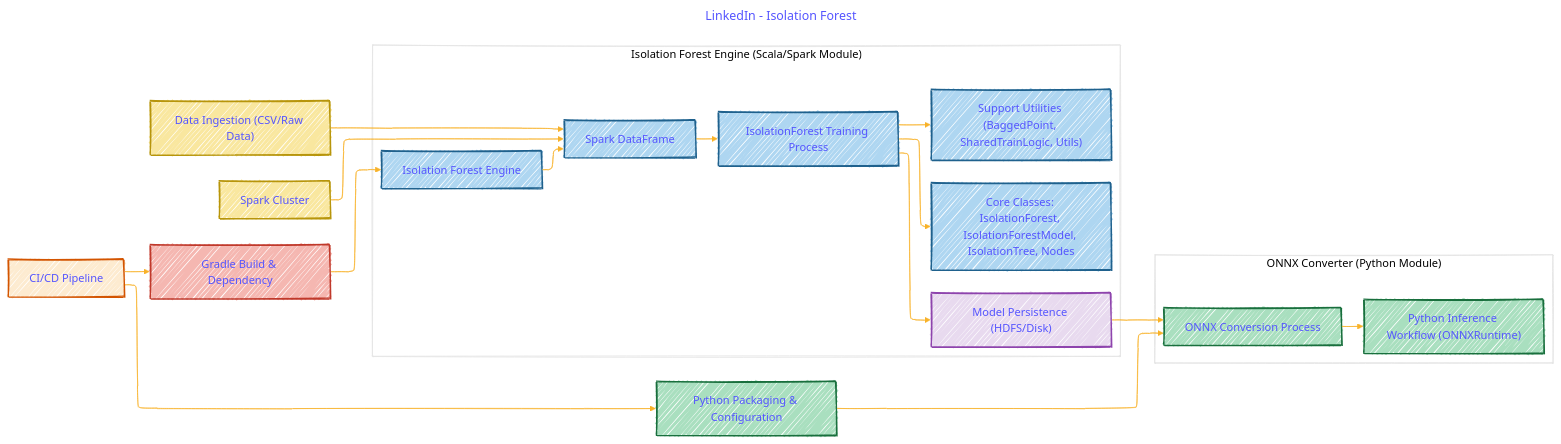
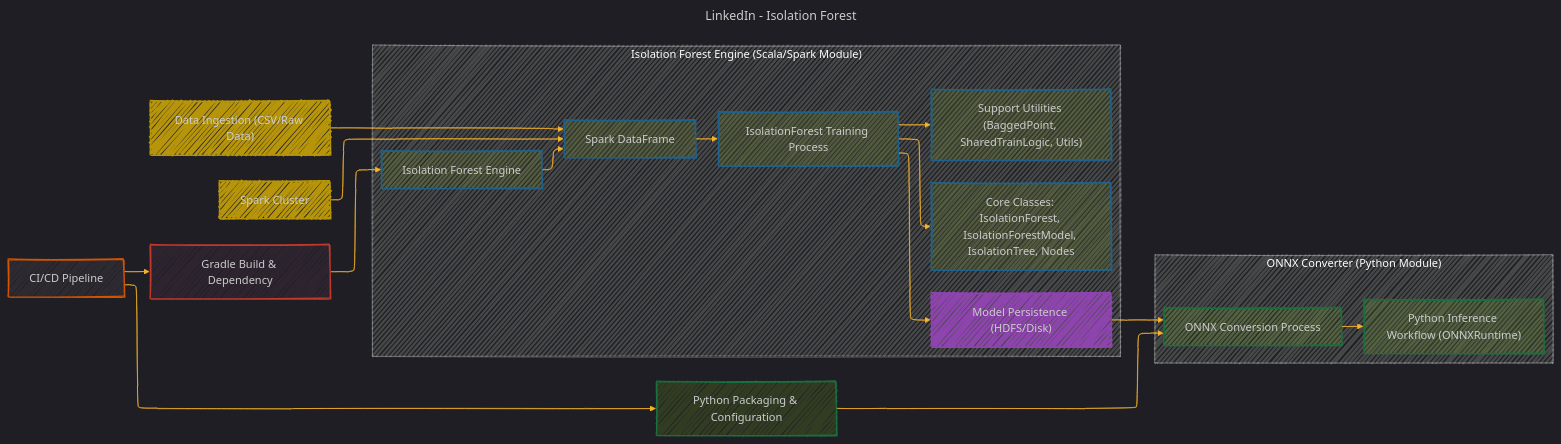
Before and after one commit to CongLeSolutionX/ArchExplorer: the diagram in LINKEDIN/isolation-forest.md, drawn with Mermaid.

Commit message:
update code

````diff
--- a/LINKEDIN/isolation-forest.md
+++ b/LINKEDIN/isolation-forest.md
@@ -24,81 +24,81 @@
 ```mermaid
 ---
 title: "LinkedIn - Isolation Forest"
 author: "Cong Le"
 version: "1.0"
 license(s): "MIT, CC BY 4.0"
 copyright: "Copyright (c) 2025 Cong Le. All Rights Reserved."
 config:
   layout: elk
   look: handDrawn
-  theme: base
+  theme: dark
 ---
 %%%%%%%% Mermaid version v11.4.1-b.14
 %%%%%%%% Toggle theme value to `base` to activate the initilization below for the customized theme version.
 %%%%%%%% Available curve styles include the following keywords:
 %% basis, bumpX, bumpY, cardinal, catmullRom, linear, monotoneX, monotoneY, natural, step, stepAfter, stepBefore.
 %%{
   init: {
     'graph': { 'htmlLabels': false, 'curve': 'linear' },
     'fontFamily': 'Fantasy',
     'themeVariables': {
       'primaryColor': '#ffff',
       'primaryTextColor': '#55ff',
       'primaryBorderColor': '#7c2',
       'lineColor': '#F8B229',
       'secondaryColor': '#006100',
       'tertiaryColor': '#fff'
     }
   }
 }%%
 graph LR
     %% External Data and Services
     dataIngestion["Data Ingestion (CSV/Raw Data)"]:::external
     sparkCluster["Spark Cluster"]:::external
     gradleBuild["Gradle Build & Dependency"]:::build
     pythonPackaging["Python Packaging & Configuration"]:::python
     ciCd["CI/CD Pipeline"]:::ci
 
     %% Isolation Forest Engine (Scala/Spark Module)
     subgraph "Isolation Forest Engine (Scala/Spark Module)"
         engine["Isolation Forest Engine"]:::scala
         engine --> df["Spark DataFrame"]:::scala
         df --> training["IsolationForest Training Process"]:::scala
         training --> persistence["Model Persistence (HDFS/Disk)"]:::storage
         training --> coreClasses["Core Classes: IsolationForest, IsolationForestModel, IsolationTree, Nodes"]:::scala
         training --> supportUtilities["Support Utilities (BaggedPoint, SharedTrainLogic, Utils)"]:::scala
     end
 
     %% ONNX Converter (Python Module)
     subgraph "ONNX Converter (Python Module)"
         onnxConversion["ONNX Conversion Process"]:::python
         onnxConversion --> inference["Python Inference Workflow (ONNXRuntime)"]:::python
     end
 
     %% Data Flow Connections
     dataIngestion --> df
     sparkCluster --> df
     persistence --> onnxConversion
     gradleBuild --> engine
     pythonPackaging --> onnxConversion
     ciCd --> gradleBuild
     ciCd --> pythonPackaging
 
     %% Click Events
     click engine "https://github.com/linkedin/isolation-forest/tree/master/isolation-forest/src/main/scala/com/linkedin/relevance/isolationforest/"
     click coreClasses "https://github.com/linkedin/isolation-forest/tree/master/isolation-forest/src/main/scala/com/linkedin/relevance/isolationforest/"
     click supportUtilities "https://github.com/linkedin/isolation-forest/tree/master/isolation-forest/src/main/scala/com/linkedin/relevance/isolationforest/core/"
     click onnxConversion "https://github.com/linkedin/isolation-forest/blob/master/isolation-forest-onnx/src/isolationforestonnx/isolation_forest_converter.py"
     click pythonPackaging "https://github.com/linkedin/isolation-forest/tree/master/isolation-forest-onnx/"
     click ciCd "https://github.com/linkedin/isolation-forest/blob/master/.github/workflows/ci.yml"
     click gradleBuild "https://github.com/linkedin/isolation-forest/blob/master/build.gradle"
 
     %% Styles
-    classDef scala fill:#AED6F1,stroke:#1F618D,stroke-width:2px;
-    classDef python fill:#A9DFBF,stroke:#196F3D,stroke-width:2px;
-    classDef external fill:#F9E79F,stroke:#B7950B,stroke-width:2px;
-    classDef storage fill:#E8DAEF,stroke:#8E44AD,stroke-width:2px;
-    classDef build fill:#F5B7B1,stroke:#C0392B,stroke-width:2px;
-    classDef ci fill:#FDEBD0,stroke:#D35400,stroke-width:2px
+    classDef scala fill:#AD22,stroke:#1F618D,stroke-width:2px;
+    classDef python fill:#AF22,stroke:#196F3D,stroke-width:2px;
+    classDef external fill:#FE79F,stroke:#B7950B,stroke-width:2px;
+    classDef storage fill:#EDAEF,stroke:#8E44AD,stroke-width:2px;
+    classDef build fill:#F7B1,stroke:#C0392B,stroke-width:2px;
+    classDef ci fill:#FDD1,stroke:#D35400,stroke-width:2px
     
 ```
````
